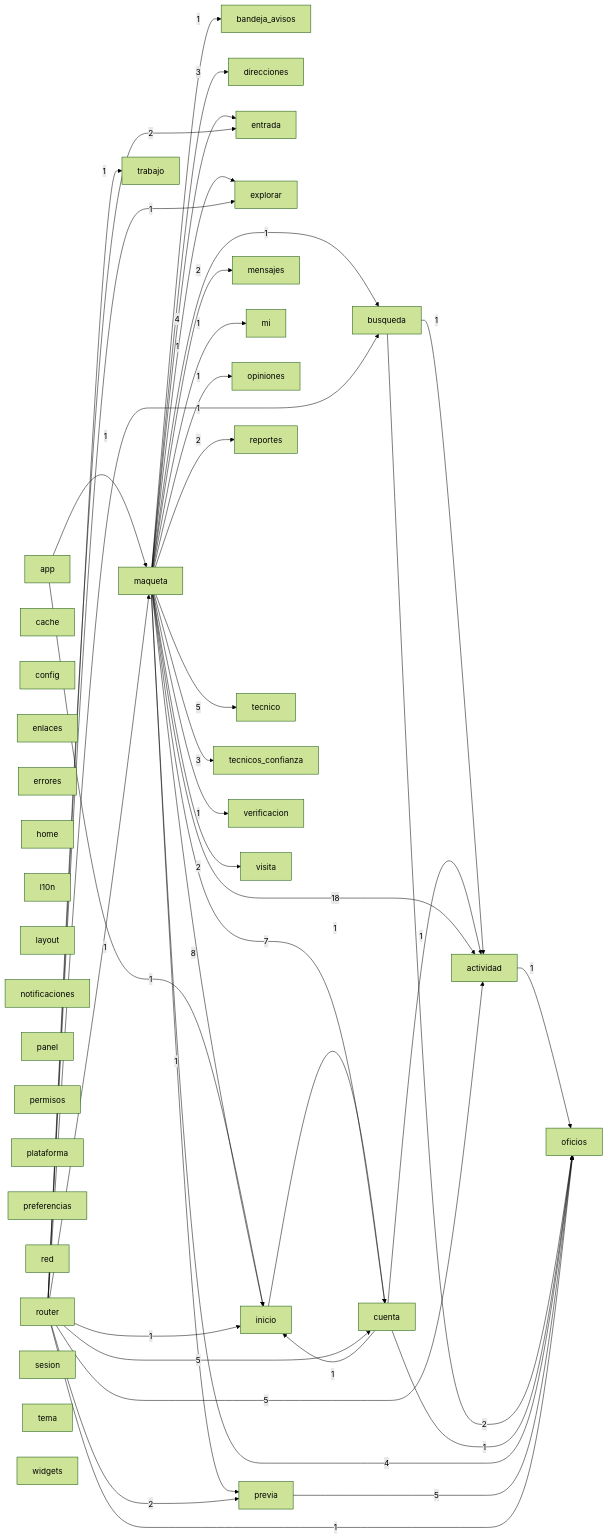
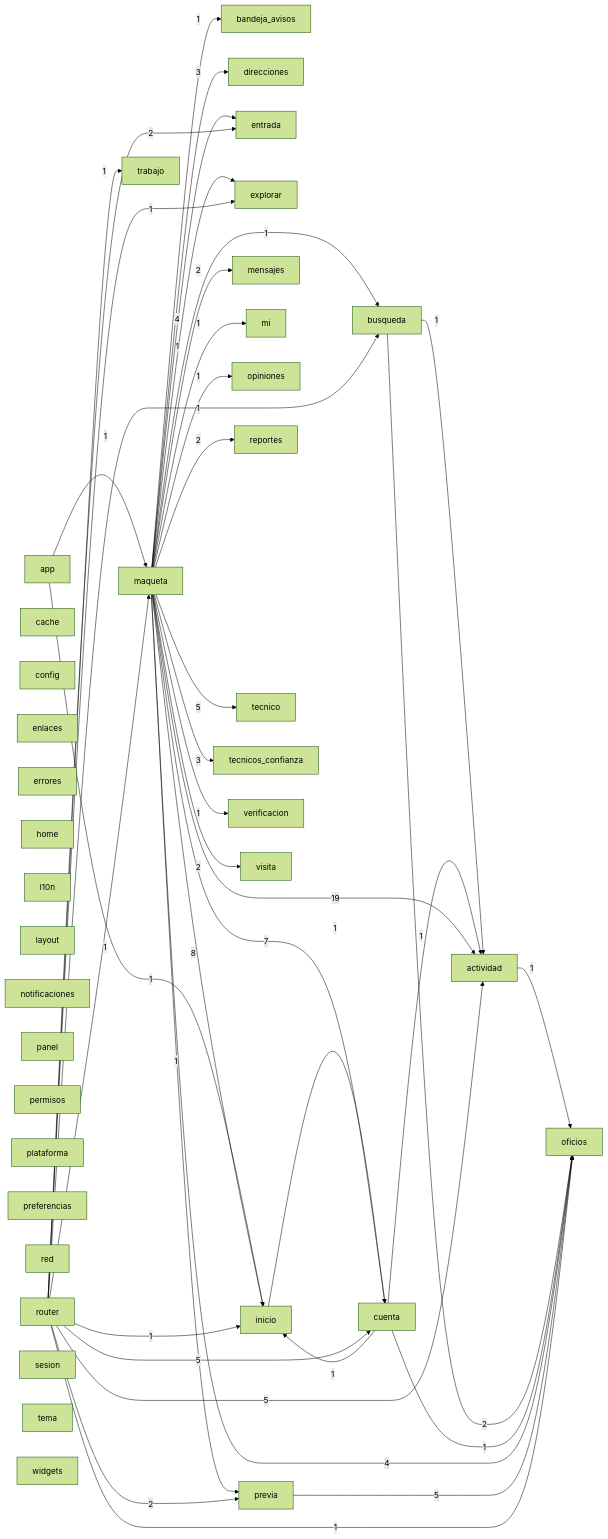
One commit to Tensei-Devs/knock-frontend changed the diagram in docs/architecture/modules.mmd. Above: the diagram before and after it, drawn with Mermaid (forest theme). The commit also changed 25 other files, not shown here.

```diff
--- a/docs/architecture/modules.mmd
+++ b/docs/architecture/modules.mmd
@@ -1,77 +1,77 @@
 graph LR
   actividad["actividad"]
   app["app"]
   bandeja_avisos["bandeja_avisos"]
   busqueda["busqueda"]
   cache["cache"]
   config["config"]
   cuenta["cuenta"]
   direcciones["direcciones"]
   enlaces["enlaces"]
   entrada["entrada"]
   errores["errores"]
   explorar["explorar"]
   home["home"]
   inicio["inicio"]
   l10n["l10n"]
   layout["layout"]
   maqueta["maqueta"]
   mensajes["mensajes"]
   mi["mi"]
   notificaciones["notificaciones"]
   oficios["oficios"]
   opiniones["opiniones"]
   panel["panel"]
   permisos["permisos"]
   plataforma["plataforma"]
   preferencias["preferencias"]
   previa["previa"]
   red["red"]
   reportes["reportes"]
   router["router"]
   sesion["sesion"]
   tecnico["tecnico"]
   tecnicos_confianza["tecnicos_confianza"]
   tema["tema"]
   trabajo["trabajo"]
   verificacion["verificacion"]
   visita["visita"]
   widgets["widgets"]
   actividad -->|1| oficios
   app -->|1| inicio
   app -->|1| maqueta
   busqueda -->|1| actividad
   busqueda -->|2| oficios
   cuenta -->|1| actividad
   cuenta -->|1| inicio
   cuenta -->|1| oficios
   inicio -->|1| cuenta
-  maqueta -->|18| actividad
+  maqueta -->|19| actividad
   maqueta -->|1| bandeja_avisos
   maqueta -->|1| busqueda
   maqueta -->|7| cuenta
   maqueta -->|3| direcciones
   maqueta -->|4| entrada
   maqueta -->|1| explorar
   maqueta -->|8| inicio
   maqueta -->|2| mensajes
   maqueta -->|1| mi
   maqueta -->|4| oficios
   maqueta -->|1| opiniones
   maqueta -->|1| previa
   maqueta -->|2| reportes
   maqueta -->|5| tecnico
   maqueta -->|3| tecnicos_confianza
   maqueta -->|1| verificacion
   maqueta -->|2| visita
   previa -->|5| oficios
   router -->|5| actividad
   router -->|1| busqueda
   router -->|5| cuenta
   router -->|2| entrada
   router -->|1| explorar
   router -->|1| inicio
   router -->|1| maqueta
   router -->|1| oficios
   router -->|2| previa
   router -->|1| trabajo
```
